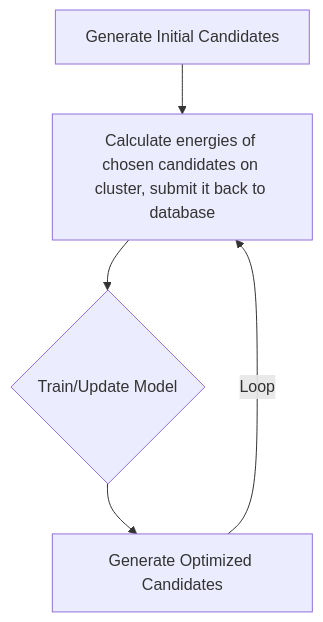
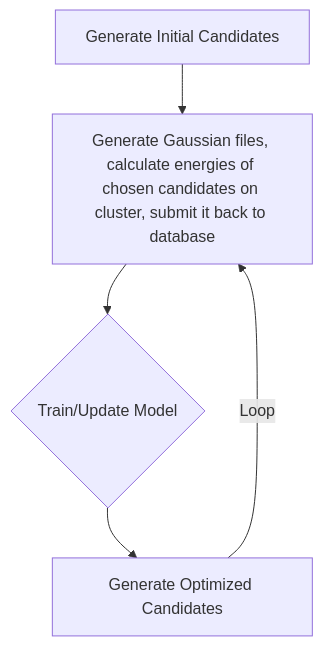
The diagram in README.md (HydroChlorine/Catalyst-Discovery), drawn with Mermaid before and after one commit. The commit also changed other lines of this file and 5 other files, not shown here.

````diff
--- a/README.md
+++ b/README.md
@@ -21,7 +22,7 @@
 ```mermaid
 graph TD
-    A[Generate Initial Candidates] --> B[Calculate energies of chosen candidates on cluster, submit it back to database]
+    A[Generate Initial Candidates] --> B[Generate Gaussian files, calculate energies of chosen candidates on cluster, submit it back to database]
     B --> C{Train/Update Model}
     C --> D[Generate Optimized Candidates]
     D -->|Loop| B
 ```
````
